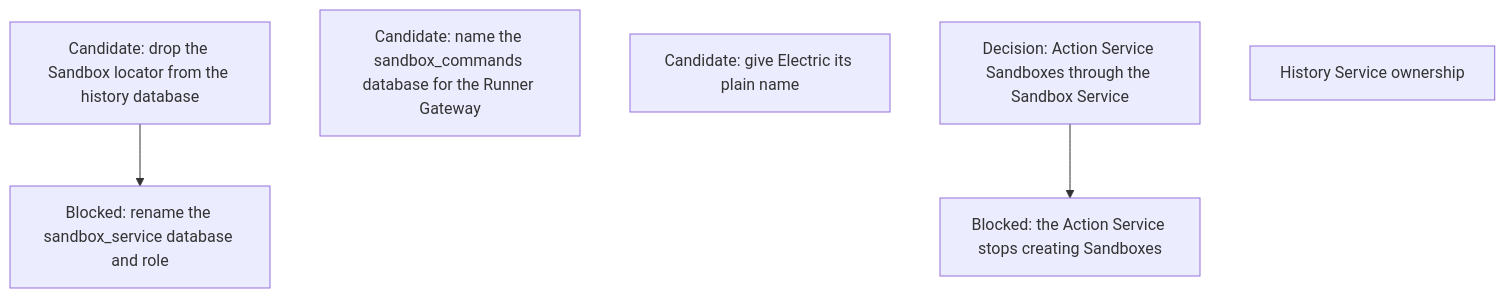
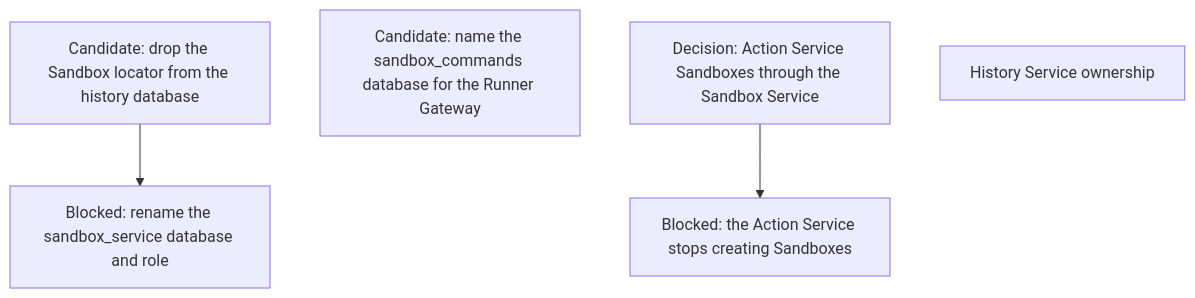
One commit to agentydragon-agent/ducktape changed the tenth of 13 diagrams in agentplane/plans/task_dag.md. Above: the diagram before and after it, drawn with Mermaid. The commit also changed other lines of this file and 6 other files, not shown here.

First line of the commit message:
cluster/cdk8s/agentplane: give Electric its plain name (#10099)

````diff
--- a/agentplane/plans/task_dag.md
+++ b/agentplane/plans/task_dag.md
@@ -651,12 +651,11 @@
 ```mermaid
 flowchart TD
     HISTORY_SANDBOX_LOCATOR_DROP[Candidate: drop the Sandbox locator from the history database]
     HISTORY_DATABASE_RENAME[Blocked: rename the sandbox_service database and role]
     SANDBOX_DATABASE_RENAME[Candidate: name the sandbox_commands database for the Runner Gateway]
-    ELECTRIC_DEPLOYMENT_RENAME[Candidate: give Electric its plain name]
     ACTION_SANDBOX_DESIGN[Decision: Action Service Sandboxes through the Sandbox Service]
     ACTION_SANDBOX_PROVISIONING[Blocked: the Action Service stops creating Sandboxes]
     ACTION_SANDBOX_DESIGN --> ACTION_SANDBOX_PROVISIONING
     HISTORY_SERVICE_OWNERSHIP[History Service ownership]
     HISTORY_SANDBOX_LOCATOR_DROP --> HISTORY_DATABASE_RENAME
 ```
````
